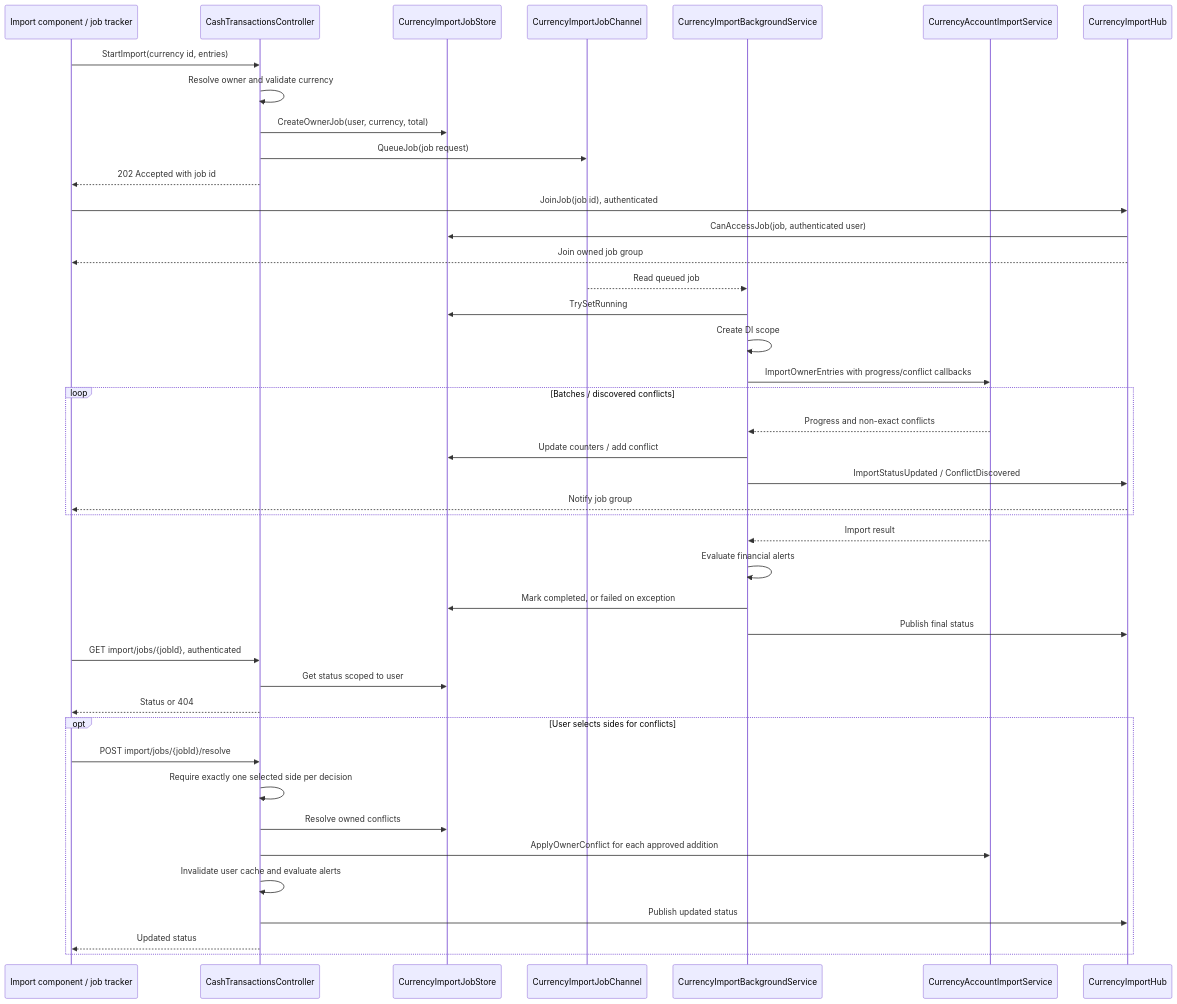
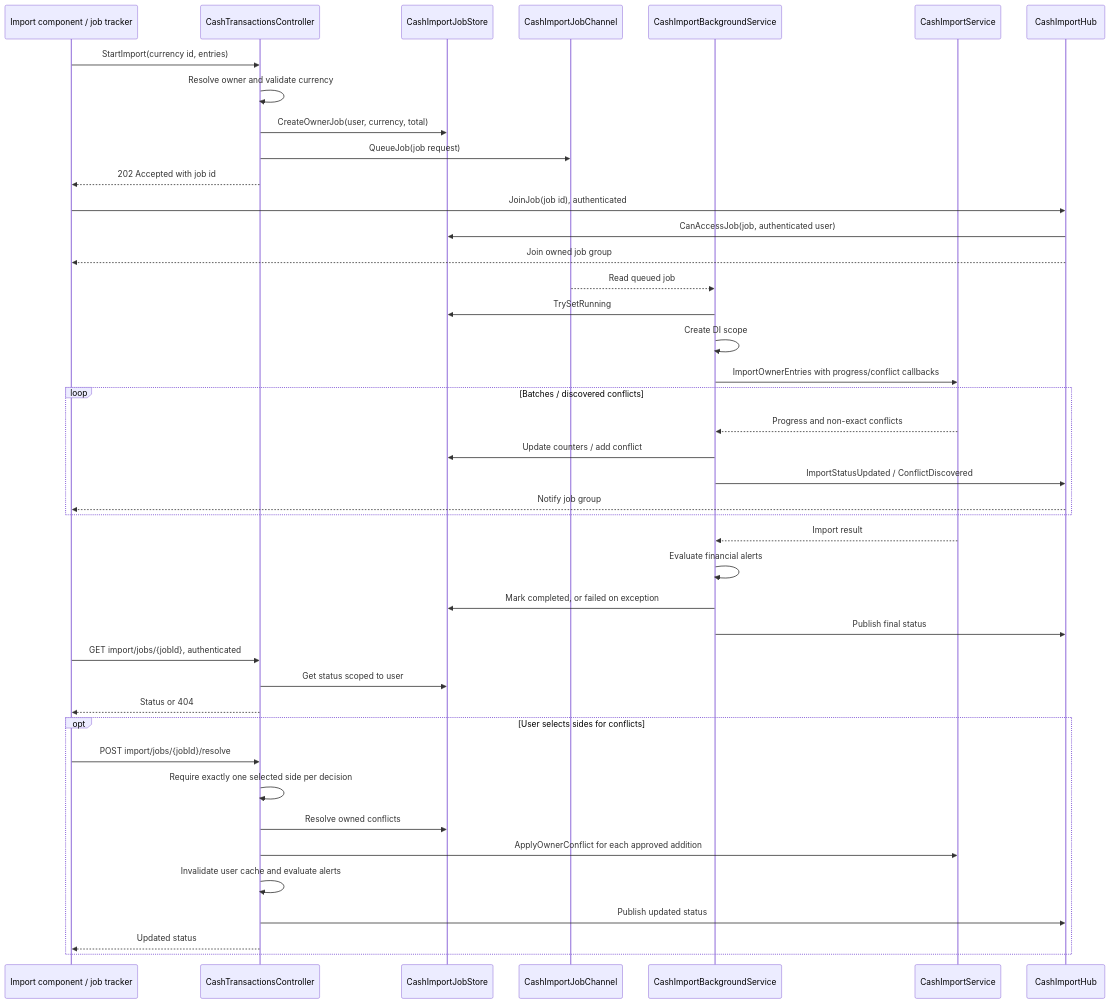
One commit to avresial/FinanceManager changed the third of 5 diagrams in docs/architecture/06-runtime-view.md. Above: the diagram before and after it, drawn with Mermaid. The commit also changed other lines of this file and 14 other files, not shown here.

Commit message:
Point architecture docs at the relocated types #1143

````diff
--- a/docs/architecture/06-runtime-view.md
+++ b/docs/architecture/06-runtime-view.md
@@ -134,44 +134,44 @@
 ```mermaid
 sequenceDiagram
     participant Browser as Import component / job tracker
     participant API as CashTransactionsController
-    participant Store as CurrencyImportJobStore
-    participant Queue as CurrencyImportJobChannel
-    participant Worker as CurrencyImportBackgroundService
-    participant Import as CurrencyAccountImportService
-    participant Hub as CurrencyImportHub
+    participant Store as CashImportJobStore
+    participant Queue as CashImportJobChannel
+    participant Worker as CashImportBackgroundService
+    participant Import as CashImportService
+    participant Hub as CashImportHub
     Browser->>API: StartImport(currency id, entries)
     API->>API: Resolve owner and validate currency
     API->>Store: CreateOwnerJob(user, currency, total)
     API->>Queue: QueueJob(job request)
     API-->>Browser: 202 Accepted with job id
     Browser->>Hub: JoinJob(job id), authenticated
     Hub->>Store: CanAccessJob(job, authenticated user)
     Hub-->>Browser: Join owned job group
     Queue-->>Worker: Read queued job
     Worker->>Store: TrySetRunning
     Worker->>Worker: Create DI scope
     Worker->>Import: ImportOwnerEntries with progress/conflict callbacks
     loop Batches / discovered conflicts
         Import-->>Worker: Progress and non-exact conflicts
         Worker->>Store: Update counters / add conflict
         Worker->>Hub: ImportStatusUpdated / ConflictDiscovered
         Hub-->>Browser: Notify job group
     end
     Import-->>Worker: Import result
     Worker->>Worker: Evaluate financial alerts
     Worker->>Store: Mark completed, or failed on exception
     Worker->>Hub: Publish final status
     Browser->>API: GET import/jobs/{jobId}, authenticated
     API->>Store: Get status scoped to user
     API-->>Browser: Status or 404
     opt User selects sides for conflicts
         Browser->>API: POST import/jobs/{jobId}/resolve
         API->>API: Require exactly one selected side per decision
         API->>Store: Resolve owned conflicts
         API->>Import: ApplyOwnerConflict for each approved addition
         API->>API: Invalidate user cache and evaluate alerts
         API->>Hub: Publish updated status
         API-->>Browser: Updated status
     end
 ```
````
